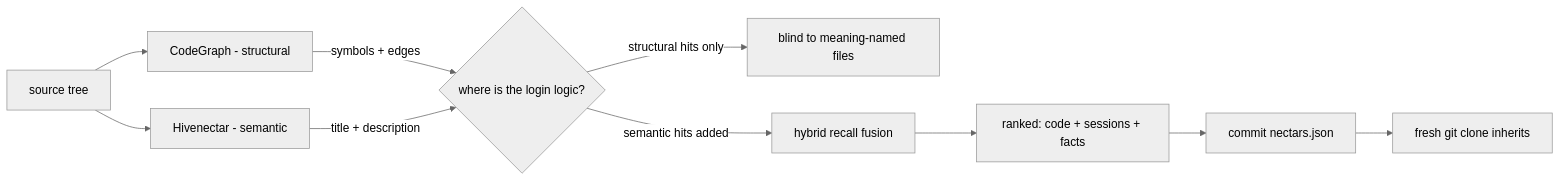
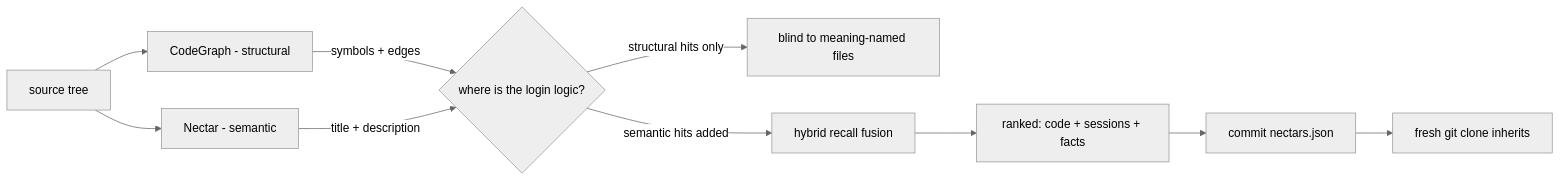
One commit to legioncodeinc/nectar changed the first of 2 diagrams in library/knowledge/private/overview/overview-ecosystem-story-arc.md. Above: the diagram before and after it, drawn with Mermaid (neutral theme). The commit also changed other lines of this file and 337 other files, not shown here.

````diff
--- a/library/knowledge/private/overview/overview-ecosystem-story-arc.md
+++ b/library/knowledge/private/overview/overview-ecosystem-story-arc.md
@@ -75,12 +75,12 @@
 ```mermaid
 flowchart LR
     code["source tree"] --> cg["CodeGraph - structural"]
-    code --> hn["Hivenectar - semantic"]
+    code --> hn["Nectar - semantic"]
     cg -->|symbols + edges| gap{"where is the login logic?"}
     hn -->|title + description| gap
     gap -->|structural hits only| blind["blind to meaning-named files"]
     gap -->|semantic hits added| fusion["hybrid recall fusion"]
     fusion --> ranked["ranked: code + sessions + facts"]
     ranked --> commit["commit nectars.json"]
     commit --> clone["fresh git clone inherits"]
 ```
````
